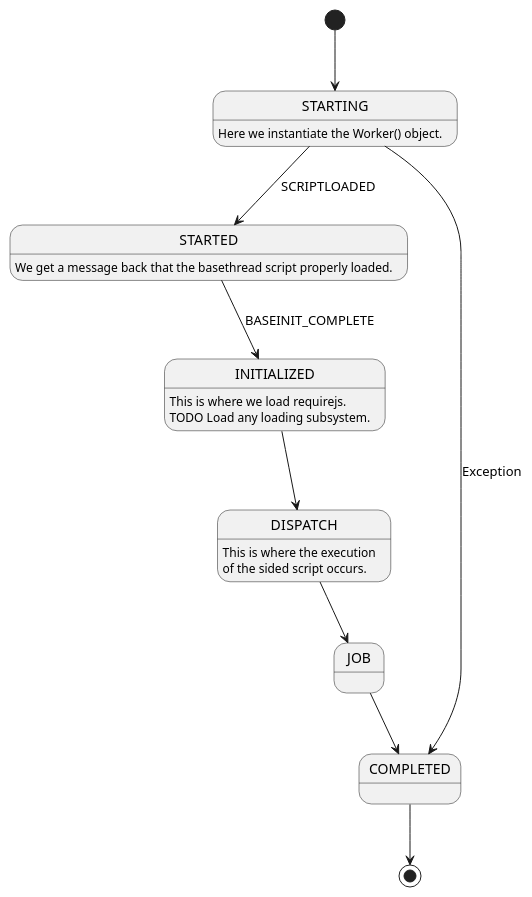
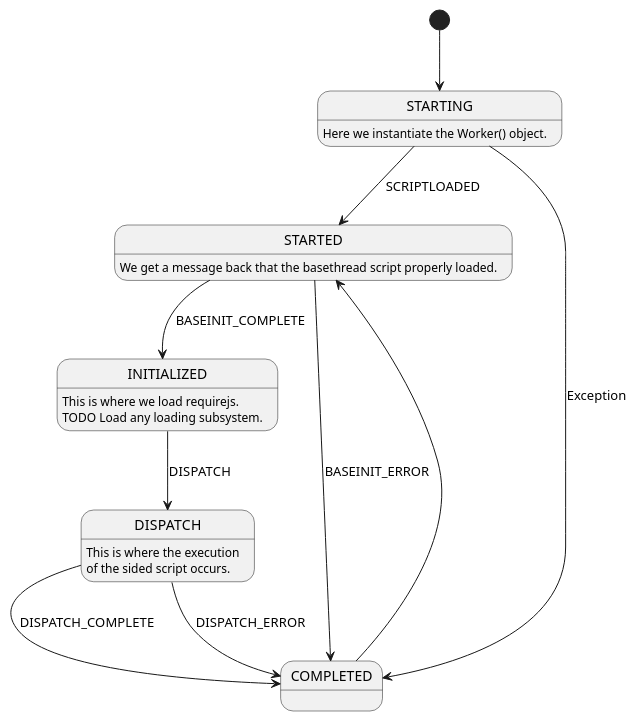
Before and after one commit to cbuteau/webjobs: the diagram in uml/states.puml, drawn with PlantUML. The commit also changed 1 other file, not shown here.

Commit message:
state diagram cleaned up

```diff
--- a/uml/states.puml
+++ b/uml/states.puml
@@ -1,28 +1,31 @@
 @startuml
 
 
 [*] --> STARTING
 STARTING --> STARTED : SCRIPTLOADED
 STARTING : Here we instantiate the Worker() object.
 
 STARTED --> INITIALIZED : BASEINIT_COMPLETE
 STARTED : We get a message back that the basethread script properly loaded.
 
 INITIALIZED : This is where we load requirejs.
 INITIALIZED : TODO Load any loading subsystem.
 
+STARTED --> COMPLETED : BASEINIT_ERROR
 
-INITIALIZED --> DISPATCH
+
+INITIALIZED --> DISPATCH : DISPATCH
 
 DISPATCH : This is where the execution
 DISPATCH :  of the sided script occurs.
 
-DISPATCH --> JOB
-JOB --> COMPLETED
-COMPLETED --> [*]
+DISPATCH --> COMPLETED : DISPATCH_COMPLETE
+DISPATCH --> COMPLETED : DISPATCH_ERROR
+' COMPLETED --> [*]
+COMPLETED --> STARTED
 
 STARTING --> COMPLETED : Exception
 
 
 
 @enduml
```
